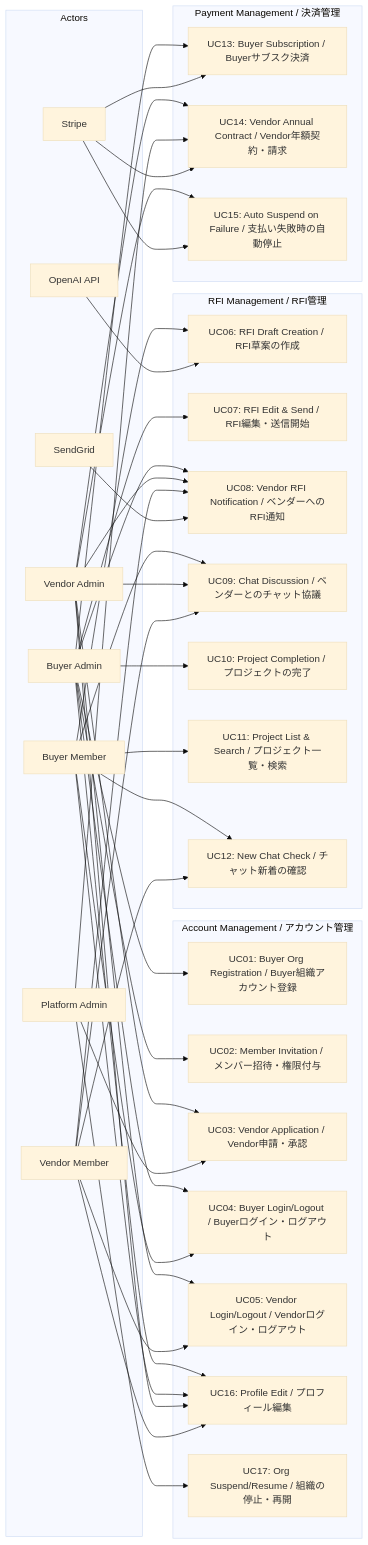
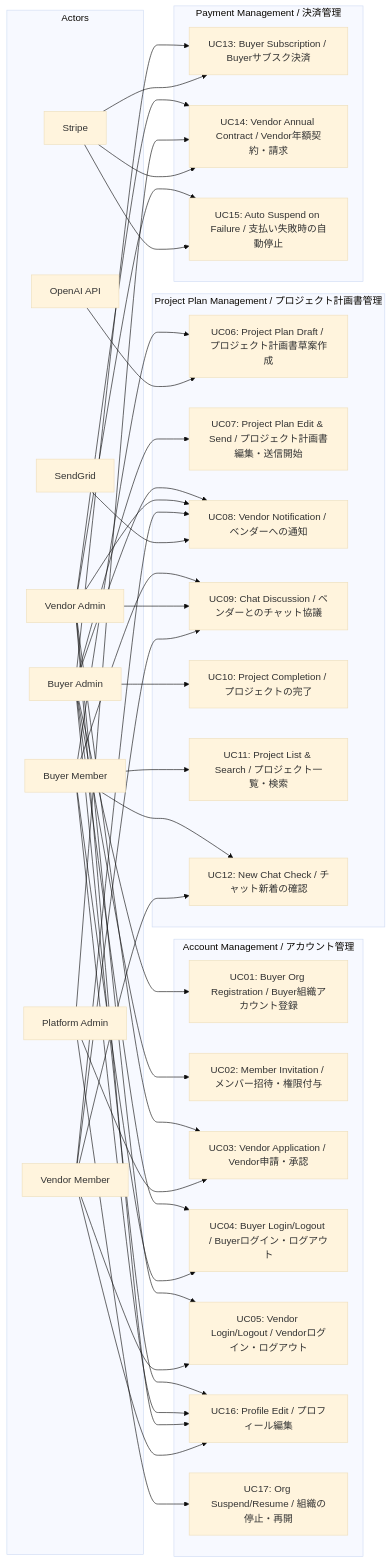
Before and after one commit to PhamDuBin/pep: the diagram in docs/UC/index.md, drawn with Mermaid (base theme). The commit also changed other lines of this file and 23 other files, not shown here.

````diff
--- a/docs/UC/index.md
+++ b/docs/UC/index.md
@@ -5,79 +5,79 @@
 ```mermaid
 graph LR
     subgraph Actors
         BA[Buyer Admin]
         BM[Buyer Member]
         VA[Vendor Admin]
         VM[Vendor Member]
         PA[Platform Admin]
         API[OpenAI API]
         SG[SendGrid]
         ST[Stripe]
     end
 
     subgraph Account Management / アカウント管理
         UC01[UC01: Buyer Org Registration / Buyer組織アカウント登録]
         UC02[UC02: Member Invitation / メンバー招待・権限付与]
         UC03[UC03: Vendor Application / Vendor申請・承認]
         UC04[UC04: Buyer Login/Logout / Buyerログイン・ログアウト]
         UC05[UC05: Vendor Login/Logout / Vendorログイン・ログアウト]
         UC16[UC16: Profile Edit / プロフィール編集]
         UC17[UC17: Org Suspend/Resume / 組織の停止・再開]
     end
 
-    subgraph RFI Management / RFI管理
-        UC06[UC06: RFI Draft Creation / RFI草案の作成]
-        UC07[UC07: RFI Edit & Send / RFI編集・送信開始]
-        UC08[UC08: Vendor RFI Notification / ベンダーへのRFI通知]
+    subgraph Project Plan Management / プロジェクト計画書管理
+        UC06[UC06: Project Plan Draft / プロジェクト計画書草案作成]
+        UC07[UC07: Project Plan Edit & Send / プロジェクト計画書編集・送信開始]
+        UC08[UC08: Vendor Notification / ベンダーへの通知]
         UC09[UC09: Chat Discussion / ベンダーとのチャット協議]
         UC10[UC10: Project Completion / プロジェクトの完了]
         UC11[UC11: Project List & Search / プロジェクト一覧・検索]
         UC12[UC12: New Chat Check / チャット新着の確認]
     end
 
     subgraph Payment Management / 決済管理
         UC13[UC13: Buyer Subscription / Buyerサブスク決済]
         UC14[UC14: Vendor Annual Contract / Vendor年額契約・請求]
         UC15[UC15: Auto Suspend on Failure / 支払い失敗時の自動停止]
     end
 
     BA --> UC01
     BA --> UC02
     BA --> UC04
     BA --> UC07
     BA --> UC08
     BA --> UC10
     BA --> UC13
     BA --> UC16
 
     BM --> UC04
     BM --> UC06
     BM --> UC09
     BM --> UC11
     BM --> UC12
     BM --> UC16
 
     VA --> UC03
     VA --> UC05
     VA --> UC08
     VA --> UC09
     VA --> UC14
     VA --> UC15
     VA --> UC16
 
     VM --> UC05
     VM --> UC08
     VM --> UC09
     VM --> UC12
     VM --> UC16
 
     PA --> UC03
     PA --> UC14
     PA --> UC17
 
     API --> UC06
     SG --> UC08
     ST --> UC13
     ST --> UC14
     ST --> UC15
 ```
````
